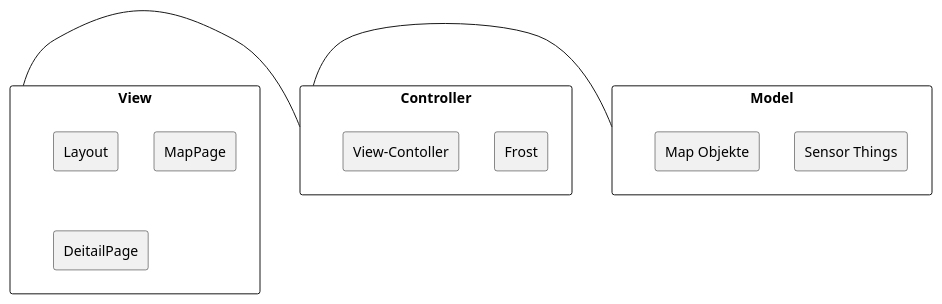
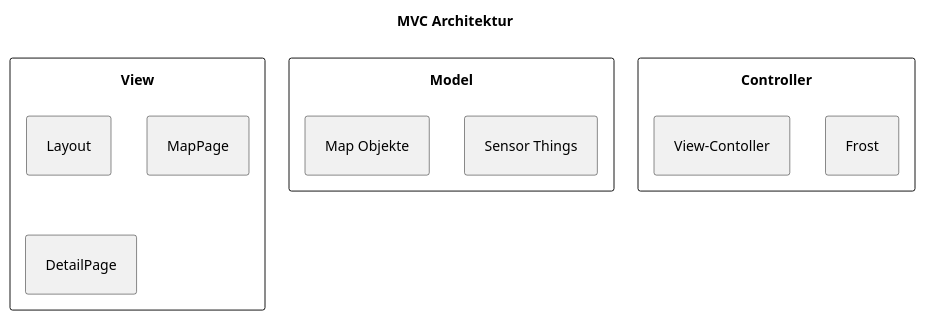
The diagram in Entwurf/PlantUML/ArchitectureDiagrams/Architektur.puml (JonaEnz/pse-airquality-1), drawn with PlantUML before and after one commit.

Commit message:
Fix typo and add padding

```diff
--- a/Entwurf/PlantUML/ArchitectureDiagrams/Architektur.puml
+++ b/Entwurf/PlantUML/ArchitectureDiagrams/Architektur.puml
@@ -1,22 +1,22 @@
 @startuml Architektur
 
-View -right- Controller 
-Controller -left- Model
+title MVC Architektur
+skinparam padding 10
 
 rectangle Model {
     rectangle "Sensor Things"
     rectangle "Map Objekte"
+}
+
+rectangle View {
+    rectangle "Layout"
+    rectangle "MapPage"
+    rectangle "DetailPage"
 }
 
 rectangle Controller {
     rectangle "Frost"
     rectangle "View-Contoller"
 }
 
-rectangle View {
-    rectangle "Layout"
-    rectangle "MapPage"
-    rectangle "DeitailPage"
-}
-
 @enduml
```
